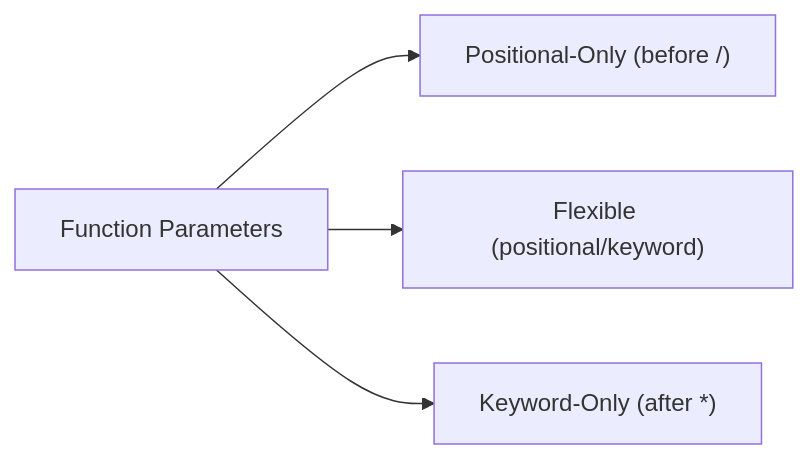
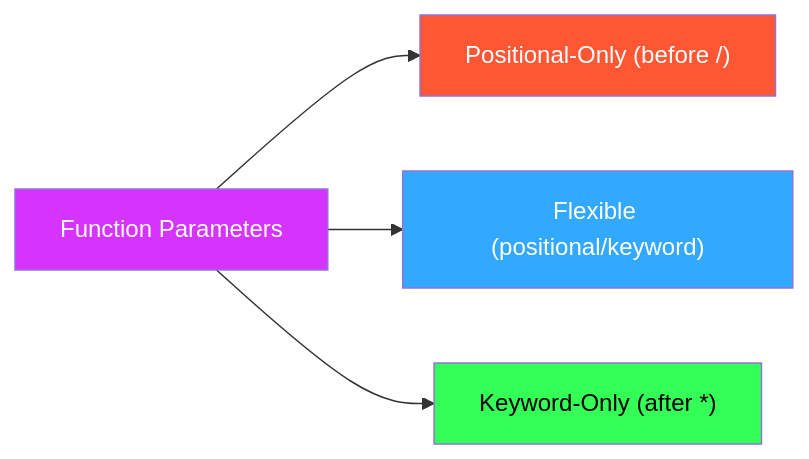
Before and after one commit to AhmeDiaaU/PythonDocumentation: the diagram in Functions/Positional or Keyword.md, drawn with Mermaid. The commit also changed other lines of this file and 12 other files, not shown here.

````diff
--- a/Functions/Positional or Keyword.md
+++ b/Functions/Positional or Keyword.md
@@ -17,6 +19,11 @@
 ```mermaid
 flowchart LR
     A[Function Parameters] --> B["Positional-Only (before /)"]
     A --> C["Flexible (positional/keyword)"]
     A --> D["Keyword-Only (after *)"]
+    
+    style A fill:#d633ff,color:white
+    style B fill:#ff5733,color:white
+    style C fill:#33a8ff,color:white
+    style D fill:#33ff57,color:black
 ```
````
